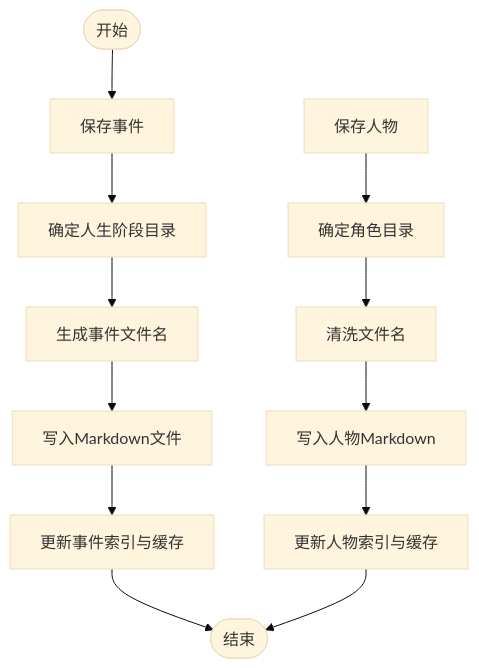
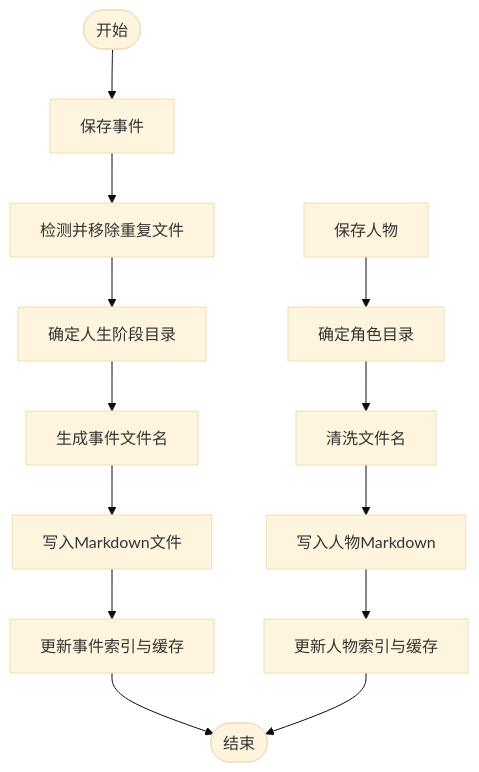
Before and after one commit to WangYiKai1017/zizuan: the fourth of 7 diagrams in .qoder/repowiki/zh/content/记忆管理系统/记忆管理系统.md, drawn with Mermaid (base theme). The commit also changed other lines of this file and 99 other files, not shown here.

````diff
--- a/.qoder/repowiki/zh/content/记忆管理系统/记忆管理系统.md
+++ b/.qoder/repowiki/zh/content/记忆管理系统/记忆管理系统.md
@@ -223,14 +239,15 @@
 ```mermaid
 flowchart TD
 Start(["开始"]) --> SaveEvent["保存事件"]
-SaveEvent --> DetermineDir["确定人生阶段目录"]
+SaveEvent --> RemoveDuplicate["检测并移除重复文件"]
+RemoveDuplicate --> DetermineDir["确定人生阶段目录"]
 DetermineDir --> GenName["生成事件文件名"]
 GenName --> WriteFile["写入Markdown文件"]
 WriteFile --> UpdateIndex["更新事件索引与缓存"]
 UpdateIndex --> End(["结束"])
 SavePerson["保存人物"] --> RoleDir["确定角色目录"]
 RoleDir --> Sanitize["清洗文件名"]
 Sanitize --> WritePerson["写入人物Markdown"]
 WritePerson --> UpdatePersonIndex["更新人物索引与缓存"]
 UpdatePersonIndex --> End
 ```
````
